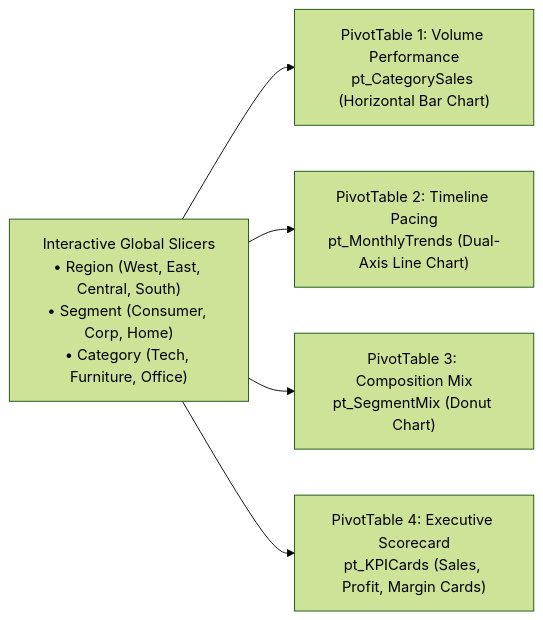
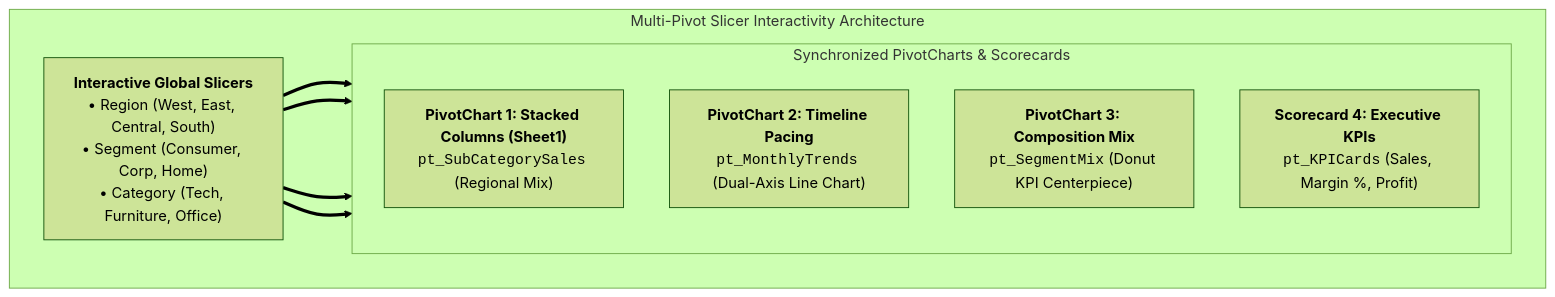
The fourth of 4 diagrams in 02_Notes/06_Data_Analysis_Charts/03_Dashboard_Visual_Hierarchy.md (Sohila-Khaled-Abbas/COURSE-EXCEL-ZERO-TO-HERO), drawn with Mermaid (forest theme) before and after one commit. The commit also changed other lines of this file and 5 other files, not shown here.

Commit message:
docs(module-06): ground all chart notes in Module_6_Demo.xlsx, add roadmap diagrams and Module 6 reference doc

````diff
--- a/02_Notes/06_Data_Analysis_Charts/03_Dashboard_Visual_Hierarchy.md
+++ b/02_Notes/06_Data_Analysis_Charts/03_Dashboard_Visual_Hierarchy.md
@@ -183,9 +190,20 @@
 ```mermaid
 flowchart LR
-    Slicer["Interactive Global Slicers<br/>• Region (West, East, Central, South)<br/>• Segment (Consumer, Corp, Home)<br/>• Category (Tech, Furniture, Office)"]
+    subgraph SlicerConnections ["Multi-Pivot Slicer Interactivity Architecture"]
+        direction LR
+        Slicer["<b>Interactive Global Slicers</b><br/>• Region (West, East, Central, South)<br/>• Segment (Consumer, Corp, Home)<br/>• Category (Tech, Furniture, Office)"]
 
-    Slicer --> P1["PivotTable 1: Volume Performance<br/>pt_CategorySales (Horizontal Bar Chart)"]
-    Slicer --> P2["PivotTable 2: Timeline Pacing<br/>pt_MonthlyTrends (Dual-Axis Line Chart)"]
-    Slicer --> P3["PivotTable 3: Composition Mix<br/>pt_SegmentMix (Donut Chart)"]
-    Slicer --> P4["PivotTable 4: Executive Scorecard<br/>pt_KPICards (Sales, Profit, Margin Cards)"]
+        subgraph VisualEndpoints ["Synchronized PivotCharts & Scorecards"]
+            direction TB
+            P1["<b>PivotChart 1: Stacked Columns (Sheet1)</b><br/><code>pt_SubCategorySales</code> (Regional Mix)"]
+            P2["<b>PivotChart 2: Timeline Pacing</b><br/><code>pt_MonthlyTrends</code> (Dual-Axis Line Chart)"]
+            P3["<b>PivotChart 3: Composition Mix</b><br/><code>pt_SegmentMix</code> (Donut KPI Centerpiece)"]
+            P4["<b>Scorecard 4: Executive KPIs</b><br/><code>pt_KPICards</code> (Sales, Margin %, Profit)"]
+        end
+
+        Slicer ==> P1
+        Slicer ==> P2
+        Slicer ==> P3
+        Slicer ==> P4
+    end
 ```
````
